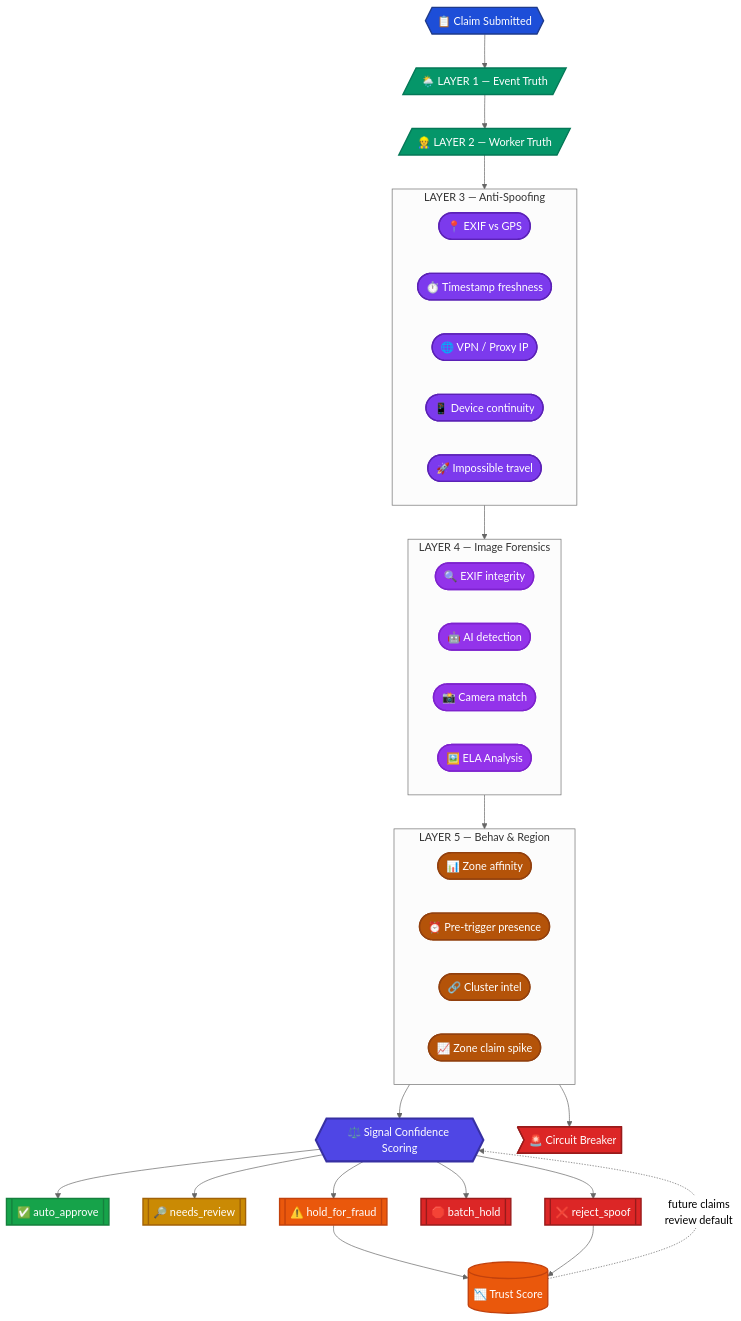
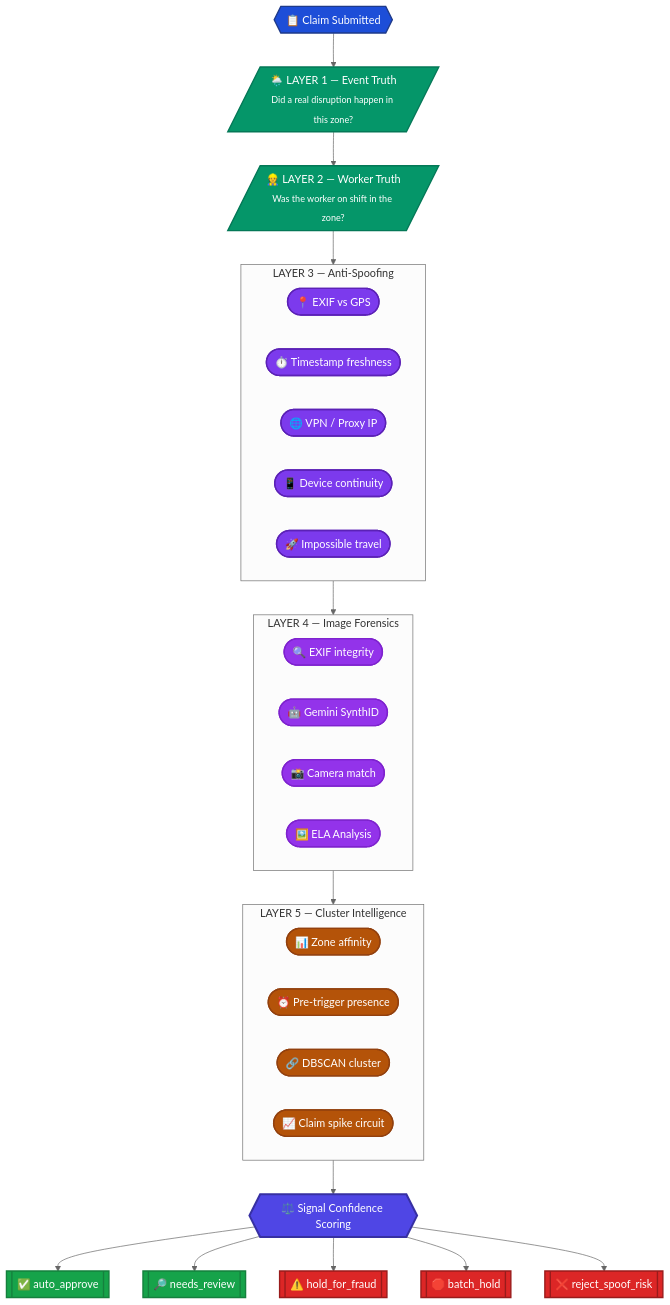
The fourth of 6 diagrams in README.md (Chorko/Celestius_Covara_One_P1), drawn with Mermaid (neutral theme) before and after one commit. The commit also changed other lines of this file and 10 other files, not shown here.

````diff
--- a/README.md
+++ b/README.md
@@ -481,72 +249,52 @@
 ```mermaid
 flowchart TD
-    classDef intake fill:#1D4ED8,color:#fff,stroke:#1E3A8A,stroke-width:2px;
-    classDef truth fill:#059669,color:#fff,stroke:#047857,stroke-width:2px;
-    classDef checks fill:#7C3AED,color:#fff,stroke:#5B21B6,stroke-width:2px;
-    classDef checks2 fill:#9333EA,color:#fff,stroke:#7E22CE,stroke-width:2px;
-    classDef checks3 fill:#B45309,color:#fff,stroke:#92400E,stroke-width:2px;
-    classDef score fill:#4F46E5,color:#fff,stroke:#3730A3,stroke-width:3px;
-    classDef pass fill:#16A34A,color:#fff,stroke:#15803D,stroke-width:2px;
-    classDef warn fill:#CA8A04,color:#fff,stroke:#A16207,stroke-width:2px;
-    classDef hold fill:#EA580C,color:#fff,stroke:#C2410C,stroke-width:2px;
-    classDef fail fill:#DC2626,color:#fff,stroke:#991B1B,stroke-width:2px;
+    classDef intake fill:#1D4ED8,color:#fff,stroke:#1E3A8A,stroke-width:2px
+    classDef truth fill:#059669,color:#fff,stroke:#047857,stroke-width:2px
+    classDef checks fill:#7C3AED,color:#fff,stroke:#5B21B6,stroke-width:2px
+    classDef checks2 fill:#9333EA,color:#fff,stroke:#7E22CE,stroke-width:2px
+    classDef checks3 fill:#B45309,color:#fff,stroke:#92400E,stroke-width:2px
+    classDef score fill:#4F46E5,color:#fff,stroke:#3730A3,stroke-width:3px
+    classDef pass fill:#16A34A,color:#fff,stroke:#15803D,stroke-width:2px
+    classDef fail fill:#DC2626,color:#fff,stroke:#991B1B,stroke-width:2px
 
-    CS{{📋 Claim Submitted}}:::intake
+    CS{{"📋 Claim Submitted"}}:::intake
 
-    L1[/🌦️ LAYER 1 — Event Truth/]:::truth
-    L2[/👷 LAYER 2 — Worker Truth/]:::truth
+    L1[/"🌦️ LAYER 1 — Event Truth<br><sub>Did a real disruption happen in this zone?</sub>"/]:::truth
+    L2[/"👷 LAYER 2 — Worker Truth<br><sub>Was the worker on shift in the zone?</sub>"/]:::truth
 
     subgraph L3G ["LAYER 3 — Anti-Spoofing"]
         direction LR
-        AS1([📍 EXIF vs GPS]):::checks
-        AS2([⏱️ Timestamp freshness]):::checks
-        AS3([🌐 VPN / Proxy IP]):::checks
-        AS4([📱 Device continuity]):::checks
-        AS5([🚀 Impossible travel]):::checks
+        AS1(["📍 EXIF vs GPS"]):::checks
+        AS2(["⏱️ Timestamp freshness"]):::checks
+        AS3(["🌐 VPN / Proxy IP"]):::checks
+        AS4(["📱 Device continuity"]):::checks
+        AS5(["🚀 Impossible travel"]):::checks
     end
 
     subgraph L4G ["LAYER 4 — Image Forensics"]
         direction LR
-        IF1([🔍 EXIF integrity]):::checks2
-        IF2([🤖 AI detection]):::checks2
-        IF3([📸 Camera match]):::checks2
-        IF4([🖼️ ELA Analysis]):::checks2
+        IF1(["🔍 EXIF integrity"]):::checks2
+        IF2(["🤖 Gemini SynthID"]):::checks2
+        IF3(["📸 Camera match"]):::checks2
+        IF4(["🖼️ ELA Analysis"]):::checks2
     end
 
-    subgraph L5G ["LAYER 5 — Behav & Region"]
+    subgraph L5G ["LAYER 5 — Cluster Intelligence"]
         direction LR
-        BR1([📊 Zone affinity]):::checks3
-        BR2([⏰ Pre-trigger presence]):::checks3
-        BR3([🔗 Cluster intel]):::checks3
-        BR4([📈 Zone claim spike]):::checks3
+        BR1(["📊 Zone affinity"]):::checks3
+        BR2(["⏰ Pre-trigger presence"]):::checks3
+        BR3(["🔗 DBSCAN cluster"]):::checks3
+        BR4(["📈 Claim spike circuit"]):::checks3
     end
 
-    SE{{⚖️ Signal Confidence Scoring}}:::score
+    SE{{"⚖️ Signal Confidence Scoring"}}:::score
 
-    D1[[✅ auto_approve]]:::pass
-    D2[[🔎 needs_review]]:::warn
-    D3[[⚠️ hold_for_fraud]]:::hold
-    D4[[🛑 batch_hold]]:::fail
-    D5[[❌ reject_spoof]]:::fail
+    D1[["✅ auto_approve"]]:::pass
+    D2[["🔎 needs_review"]]:::pass
+    D3[["⚠️ hold_for_fraud"]]:::fail
+    D4[["🛑 batch_hold"]]:::fail
+    D5[["❌ reject_spoof_risk"]]:::fail
 
-    CB>🚨 Circuit Breaker]:::fail
-    TS[(📉 Trust Score)]:::hold
-
-    CS --> L1
-    L1 --> L2
-    L2 --> L3G
-    L3G --> L4G
-    L4G --> L5G
-    L5G --> SE
-
-    SE --> D1
-    SE --> D2
-    SE --> D3
-    SE --> D4
-    SE --> D5
-
-    BR4 --> CB
-    D3 --> TS
-    D5 --> TS
-    TS -.->|"future claims<br/>review default"| SE
+    CS --> L1 --> L2 --> L3G --> L4G --> L5G --> SE
+    SE --> D1 & D2 & D3 & D4 & D5
 ```
````
